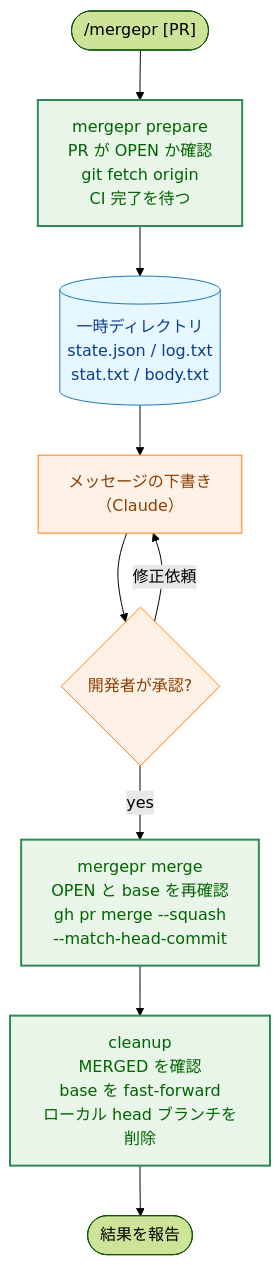
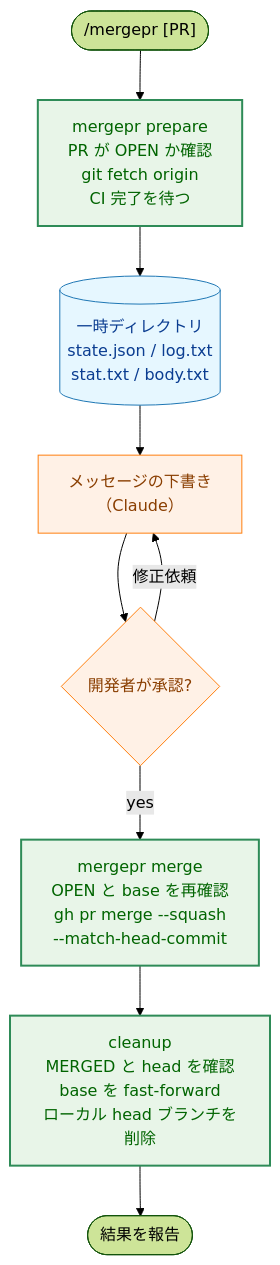
Before and after one commit to isseis/yt2column: the diagram in docs/dev/developer_guide/mergepr_guide.ja.md, drawn with Mermaid (forest theme). The commit also changed other lines of this file and 7 other files, not shown here.

````diff
--- a/docs/dev/developer_guide/mergepr_guide.ja.md
+++ b/docs/dev/developer_guide/mergepr_guide.ja.md
@@ -50,19 +50,19 @@
 ```mermaid
 flowchart TD
     classDef data fill:#e6f7ff,stroke:#1f77b4,stroke-width:1px,color:#0b3d91;
     classDef process fill:#fff1e6,stroke:#ff7f0e,stroke-width:1px,color:#8a3e00;
     classDef enhanced fill:#e8f5e8,stroke:#2e8b57,stroke-width:2px,color:#006400;
 
     Start(["/mergepr [PR]"]) --> Prepare["mergepr prepare<br>PR が OPEN か確認<br>git fetch origin<br>CI 完了を待つ"]
     Prepare --> Files[("一時ディレクトリ<br>state.json / log.txt<br>stat.txt / body.txt")]
     Files --> Draft["メッセージの下書き<br>（Claude）"]
     Draft --> Approve{"開発者が承認?"}
     Approve -->|"修正依頼"| Draft
     Approve -->|"yes"| Merge["mergepr merge<br>OPEN と base を再確認<br>gh pr merge --squash<br>--match-head-commit"]
-    Merge --> Cleanup["cleanup<br>MERGED を確認<br>base を fast-forward<br>ローカル head ブランチを削除"]
+    Merge --> Cleanup["cleanup<br>MERGED と head を確認<br>base を fast-forward<br>ローカル head ブランチを削除"]
     Cleanup --> End(["結果を報告"])
 
     class Files data
     class Draft,Approve process
     class Prepare,Merge,Cleanup enhanced
 ```
````
